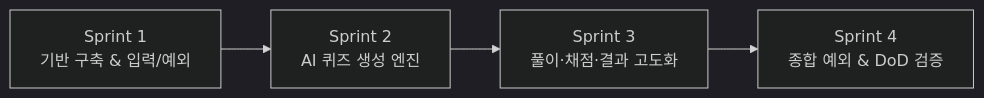
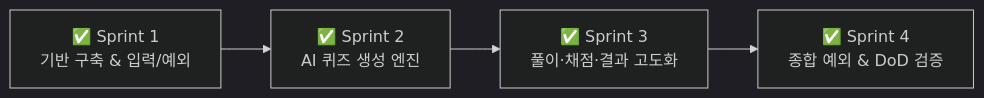
Before and after one commit to JangDanHan/study-zip: the diagram in docs/development-plan.md, drawn with Mermaid (dark theme). The commit also changed other lines of this file and 1 other file, not shown here.

Commit message:
docs: update development plan and README with completed sprint milestones

````diff
--- a/docs/development-plan.md
+++ b/docs/development-plan.md
@@ -27,6 +29,6 @@
 ```mermaid
 graph LR
-    S1[Sprint 1<br/>기반 구축 & 입력/예외] --> S2[Sprint 2<br/>AI 퀴즈 생성 엔진]
-    S2 --> S3[Sprint 3<br/>풀이·채점·결과 고도화]
-    S3 --> S4[Sprint 4<br/>종합 예외 & DoD 검증]
+    S1["✅ Sprint 1<br/>기반 구축 & 입력/예외"] --> S2["✅ Sprint 2<br/>AI 퀴즈 생성 엔진"]
+    S2 --> S3["✅ Sprint 3<br/>풀이·채점·결과 고도화"]
+    S3 --> S4["✅ Sprint 4<br/>종합 예외 & DoD 검증"]
 ```
````
